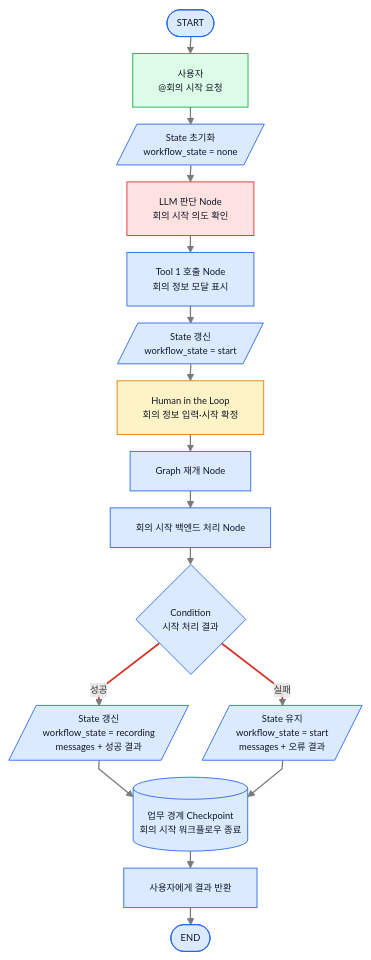
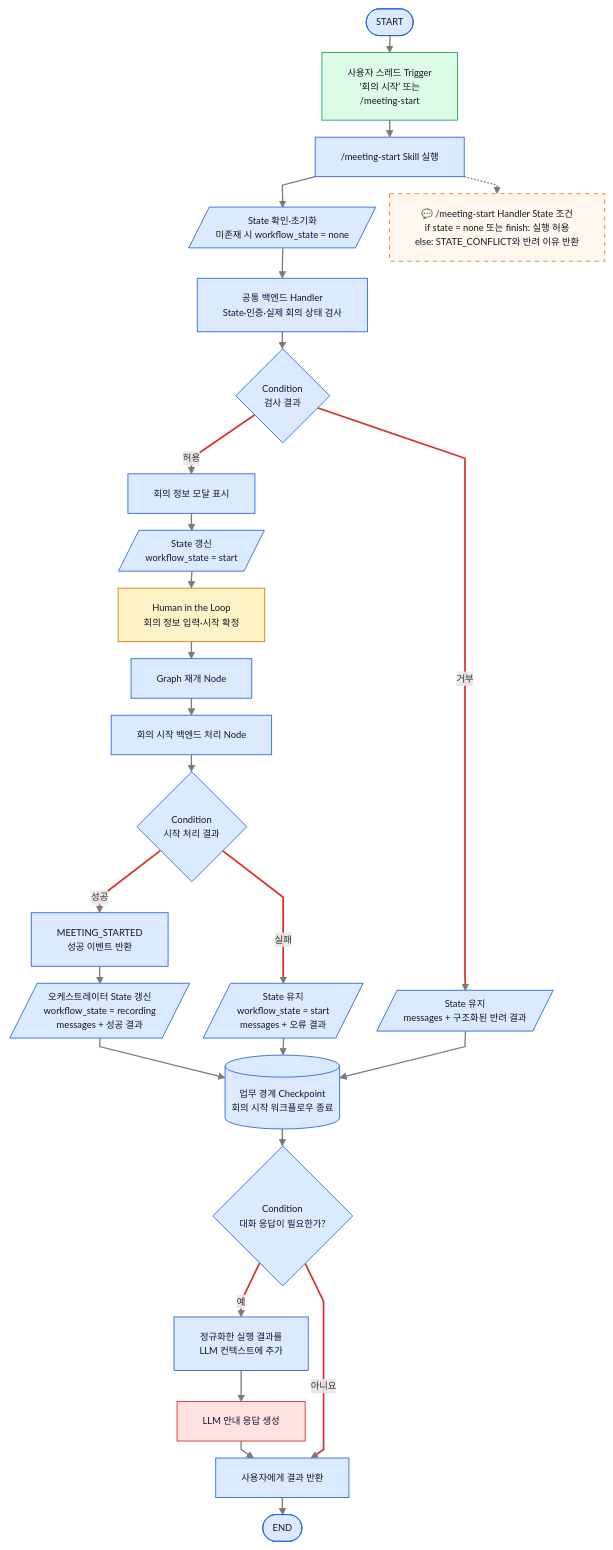
One commit to ericyum/Obsidian changed the third of 8 diagrams in ZENAI/에이전트 설계/회의록 에이전트 설계/1. 회의록 에이전트 워크플로우 graph 정의.md. Above: the diagram before and after it, drawn with Mermaid. The commit also changed other lines of this file and 7 other files, not shown here.

````diff
--- a/ZENAI/에이전트 설계/회의록 에이전트 설계/1. 회의록 에이전트 워크플로우 graph 정의.md
+++ b/ZENAI/에이전트 설계/회의록 에이전트 설계/1. 회의록 에이전트 워크플로우 graph 정의.md
@@ -189,29 +146,41 @@
 ```mermaid
 %%{init: {"flowchart": {"useMaxWidth": true, "nodeSpacing": 16, "rankSpacing": 20, "curve": "linear"}, "themeVariables": {"fontSize": "11px"}}}%%
 flowchart TB
-    S(["START"]) --> U["사용자<br/>@회의 시작 요청"]
-    U --> IN[/"State 초기화<br/>workflow_state = none"/]
-    IN --> A["LLM 판단 Node<br/>회의 시작 의도 확인"]
-    A --> T1["Tool 1 호출 Node<br/>회의 정보 모달 표시"]
-    T1 --> ST1[/"State 갱신<br/>workflow_state = start"/]
+    S(["START"]) --> U["사용자 스레드 Trigger<br/>‘회의 시작’ 또는<br/>/meeting-start"]
+    U --> SK["/meeting-start Skill 실행"]
+    SK --> IN[/"State 확인·초기화<br/>미존재 시 workflow_state = none"/]
+    IN --> V["공통 백엔드 Handler<br/>State·인증·실제 회의 상태 검사"]
+    V --> VC{"Condition<br/>검사 결과"}
+    VC -->|"허용"| M["회의 정보 모달 표시"]
+    VC -->|"거부"| ER[/"State 유지<br/>messages + 구조화된 반려 결과"/]
+    M --> ST1[/"State 갱신<br/>workflow_state = start"/]
     ST1 --> H["Human in the Loop<br/>회의 정보 입력·시작 확정"]
     H --> R["Graph 재개 Node"]
     R --> B["회의 시작 백엔드 처리 Node"]
     B --> C{"Condition<br/>시작 처리 결과"}
-    C -->|"성공"| ST2[/"State 갱신<br/>workflow_state = recording<br/>messages + 성공 결과"/]
+    C -->|"성공"| EV["MEETING_STARTED<br/>성공 이벤트 반환"]
     C -->|"실패"| ST3[/"State 유지<br/>workflow_state = start<br/>messages + 오류 결과"/]
+    EV --> ST2[/"오케스트레이터 State 갱신<br/>workflow_state = recording<br/>messages + 성공 결과"/]
     ST2 --> CP[("업무 경계 Checkpoint<br/>회의 시작 워크플로우 종료")]
     ST3 --> CP
-    CP --> OUT["사용자에게 결과 반환"]
+    ER --> CP
+    CP --> NR{"Condition<br/>대화 응답이 필요한가?"}
+    NR -->|"예"| CX["정규화한 실행 결과를<br/>LLM 컨텍스트에 추가"]
+    CX --> L["LLM 안내 응답 생성"]
+    L --> OUT["사용자에게 결과 반환"]
+    NR -->|"아니요"| OUT
     OUT --> E(["END"])
+    SK -.-> N1["💬 /meeting-start Handler State 조건<br/>if state = none 또는 finish: 실행 허용<br/>else: STATE_CONFLICT와 반려 이유 반환"]
     classDef user fill:#dcfce7,stroke:#16a34a,color:#111827;
     classDef hitl fill:#fef3c7,stroke:#d97706,color:#111827;
     classDef internal fill:#dbeafe,stroke:#2563eb,color:#111827;
     classDef llm fill:#fee2e2,stroke:#dc2626,color:#111827;
+    classDef note fill:#fff7ed,stroke:#f97316,color:#111827,stroke-dasharray: 5 5;
     class U user;
     class H hitl;
-    class A llm;
-    class S,IN,T1,ST1,R,B,C,ST2,ST3,CP,OUT,E internal;
+    class L llm;
+    class N1 note;
+    class S,SK,IN,V,VC,M,ER,ST1,R,B,C,EV,ST2,ST3,CP,NR,CX,OUT,E internal;
     linkStyle default stroke:#7a7a7a,stroke-width:1.5px;
-    linkStyle 9,10 stroke:#d93025,stroke-width:2px;
+    linkStyle 5,6,12,13,19,22 stroke:#d93025,stroke-width:2px;
 ```
````
